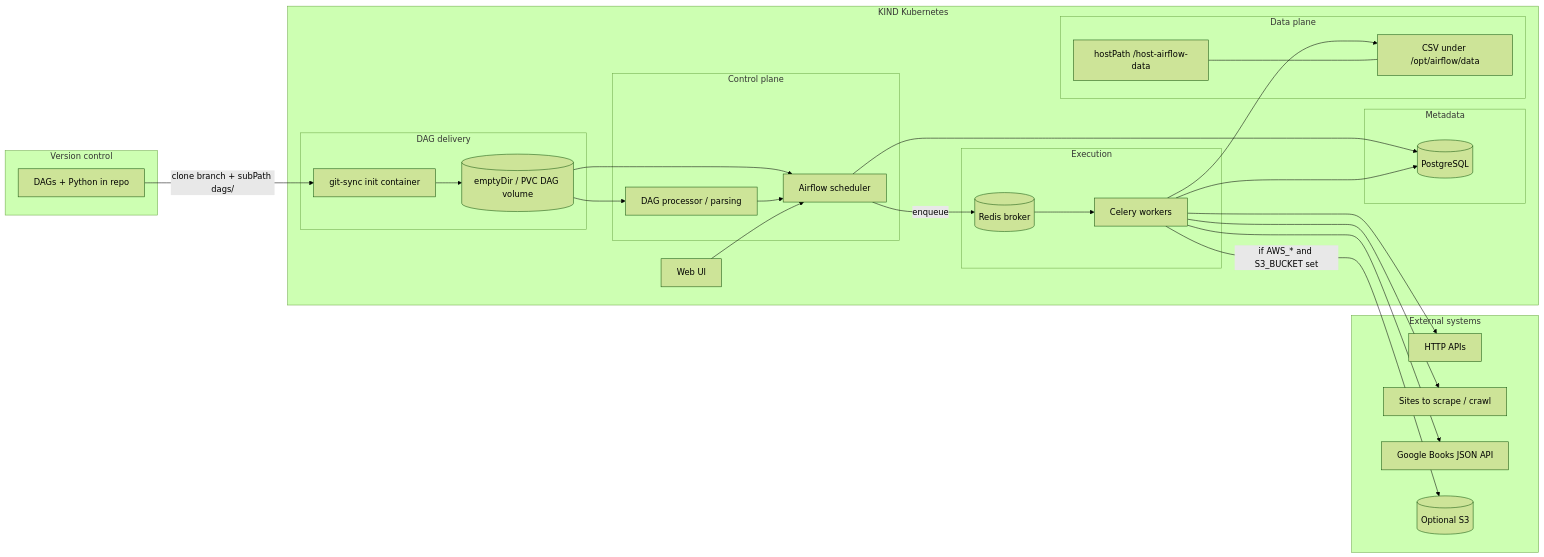
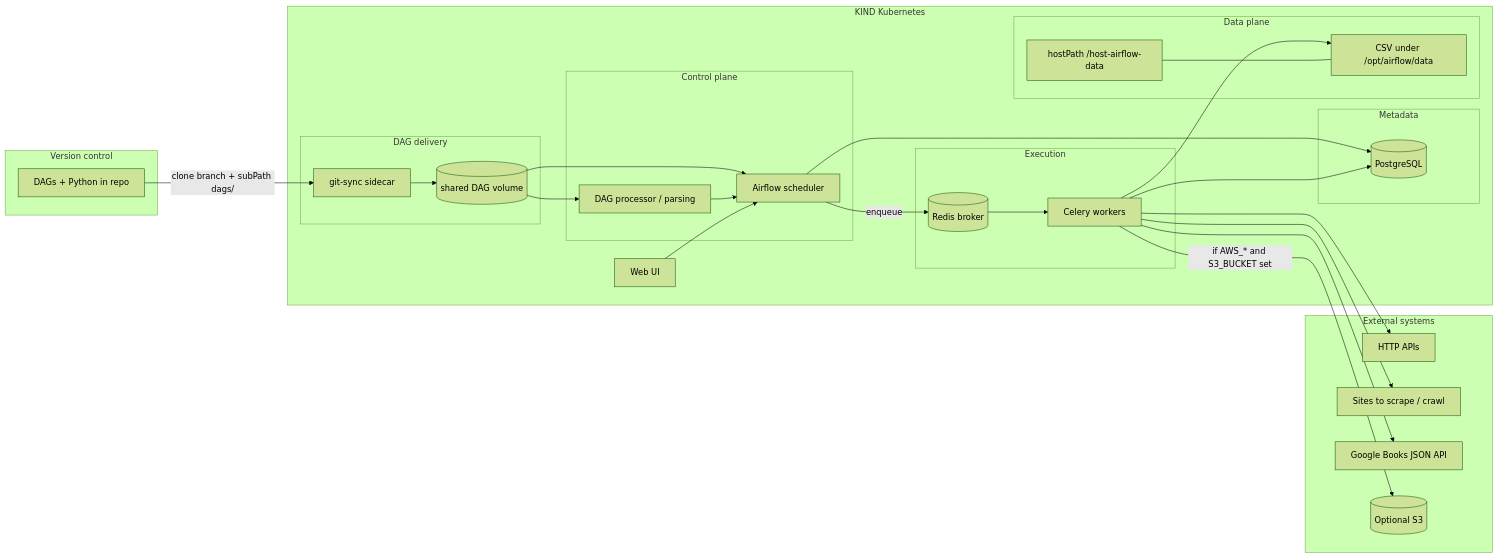
One commit to rajinikanthvadla-ai/airflow-labs-data-collection-quickstart changed the diagram in README.md. Above: the diagram before and after it, drawn with Mermaid (forest theme).

Commit message:
Fix Mermaid subgraph id for git delivery.

````diff
--- a/README.md
+++ b/README.md
@@ -3,50 +3,50 @@
 ```mermaid
 flowchart LR
   subgraph vcs["Version control"]
     R[DAGs + Python in repo]
   end
   subgraph cluster["KIND Kubernetes"]
-    subgraph sync["DAG delivery"]
-      G[git-sync init container]
-      V[(emptyDir / PVC DAG volume)]
+    subgraph git_delivery["DAG delivery"]
+      G[git-sync sidecar]
+      V[(shared DAG volume)]
     end
     subgraph control["Control plane"]
       S[Airflow scheduler]
       P[DAG processor / parsing]
     end
     subgraph exec["Execution"]
       Q[(Redis broker)]
       W[Celery workers]
     end
     subgraph state["Metadata"]
       PG[(PostgreSQL)]
     end
     subgraph io["Data plane"]
       H[hostPath /host-airflow-data]
       C[CSV under /opt/airflow/data]
     end
     U[Web UI]
   end
   subgraph external["External systems"]
     A[HTTP APIs]
     W1[Sites to scrape / crawl]
     B[Google Books JSON API]
     S3[(Optional S3)]
   end
   R -->|clone branch + subPath dags/| G
   G --> V
   V --> P
   V --> S
   P --> S
   S -->|enqueue| Q
   Q --> W
   S --> PG
   W --> PG
   W --> A
   W --> W1
   W --> B
   W --> C
   H --- C
   W -->|if AWS_* and S3_BUCKET set| S3
   U --> S
 ```
````
